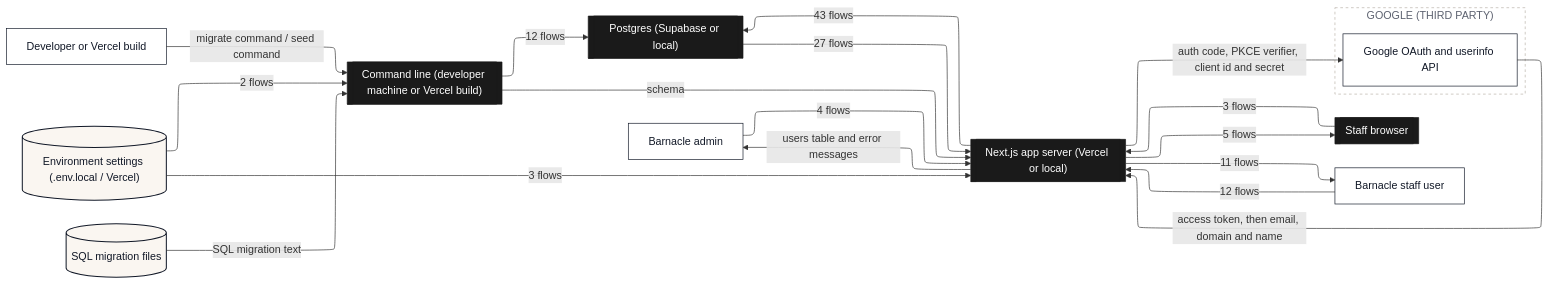
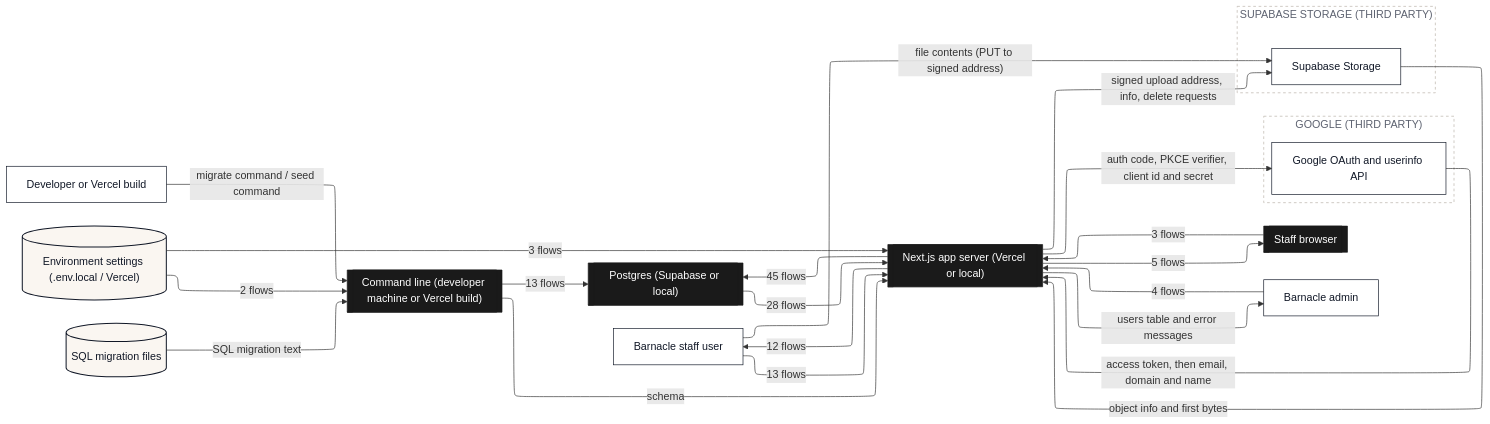
One commit to Romain-Perche/Barnacle-Pipe changed the second of 11 diagrams in dataflow/DATAFLOW.md. Above: the diagram before and after it, drawn with Mermaid. The commit also changed other lines of this file and 10 other files, not shown here.

````diff
--- a/dataflow/DATAFLOW.md
+++ b/dataflow/DATAFLOW.md
@@ -96,45 +112,52 @@
 ```mermaid
 ---
 config:
   layout: elk
 ---
 flowchart LR
     n1[["Next.js app server (Vercel or local)"]]
     n2[["Staff browser"]]
     n3[["Command line (developer machine or Vercel build)"]]
     n4[["Postgres (Supabase or local)"]]
     n5["Barnacle admin"]
     n6["Developer or Vercel build"]
     n7[("Environment settings (.env.local / Vercel)")]
     n8[("SQL migration files")]
     n9["Barnacle staff user"]
     subgraph z1["GOOGLE (THIRD PARTY)"]
         n10["Google OAuth and userinfo API"]
     end
-    n1 -->|"43 flows"| n4
-    n1 -->|"11 flows"| n9
-    n4 -->|"27 flows"| n1
+    subgraph z2["SUPABASE STORAGE (THIRD PARTY)"]
+        n11["Supabase Storage"]
+    end
+    n1 -->|"45 flows"| n4
+    n1 -->|"12 flows"| n9
+    n4 -->|"28 flows"| n1
     n5 -->|"4 flows"| n1
     n2 -->|"3 flows"| n1
     n6 -->|"migrate command / seed command"| n3
     n7 -->|"3 flows"| n1
     n7 -->|"2 flows"| n3
     n1 -->|"5 flows"| n2
+    n1 -->|"signed upload address, info, delete requests"| n11
     n1 -->|"auth code, PKCE verifier, client id and secret"| n10
     n10 -->|"access token, then email, domain and name"| n1
-    n3 -->|"12 flows"| n4
+    n3 -->|"13 flows"| n4
     n3 -->|"schema"| n1
     n8 -->|"SQL migration text"| n3
-    n9 -->|"12 flows"| n1
+    n9 -->|"13 flows"| n1
+    n9 -->|"file contents (PUT to signed address)"| n11
+    n11 -->|"object info and first bytes"| n1
     n1 -->|"users table and error messages"| n5
     classDef actor fill:#FFFFFF,stroke:#111827,stroke-width:1px,color:#111827
     classDef process fill:#EDEAFF,stroke:#2B00FF,stroke-width:1.5px,color:#111827
     classDef store fill:#FAF6F1,stroke:#111827,stroke-width:1.5px,color:#111827
     classDef zone fill:#1A1A1A,stroke:#1A1A1A,color:#FFFFFF
     classDef group fill:#2B00FF,stroke:#2B00FF,color:#FFFFFF
     classDef stub fill:#FFFFFF,stroke:#2B00FF,stroke-width:1.5px,stroke-dasharray:5 4,color:#2B00FF
-    class n5,n6,n9,n10 actor
+    class n5,n6,n9,n10,n11 actor
     class n7,n8 store
     class n1,n2,n3,n4 zone
     style z1 fill:#FFFFFF,stroke:#B9B2A8,stroke-dasharray:4 4,color:#5D6270
+    style z2 fill:#FFFFFF,stroke:#B9B2A8,stroke-dasharray:4 4,color:#5D6270
 ```
````
